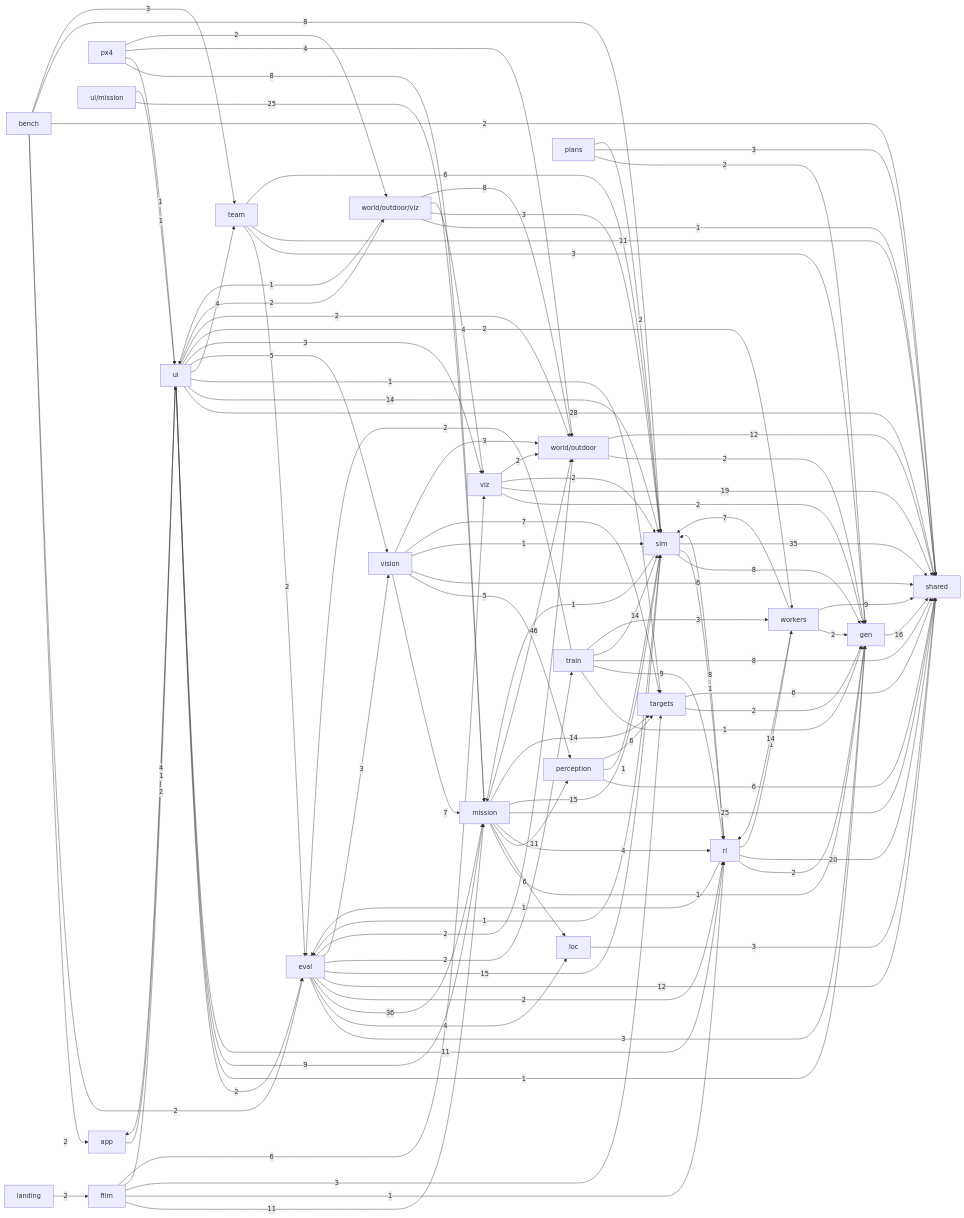
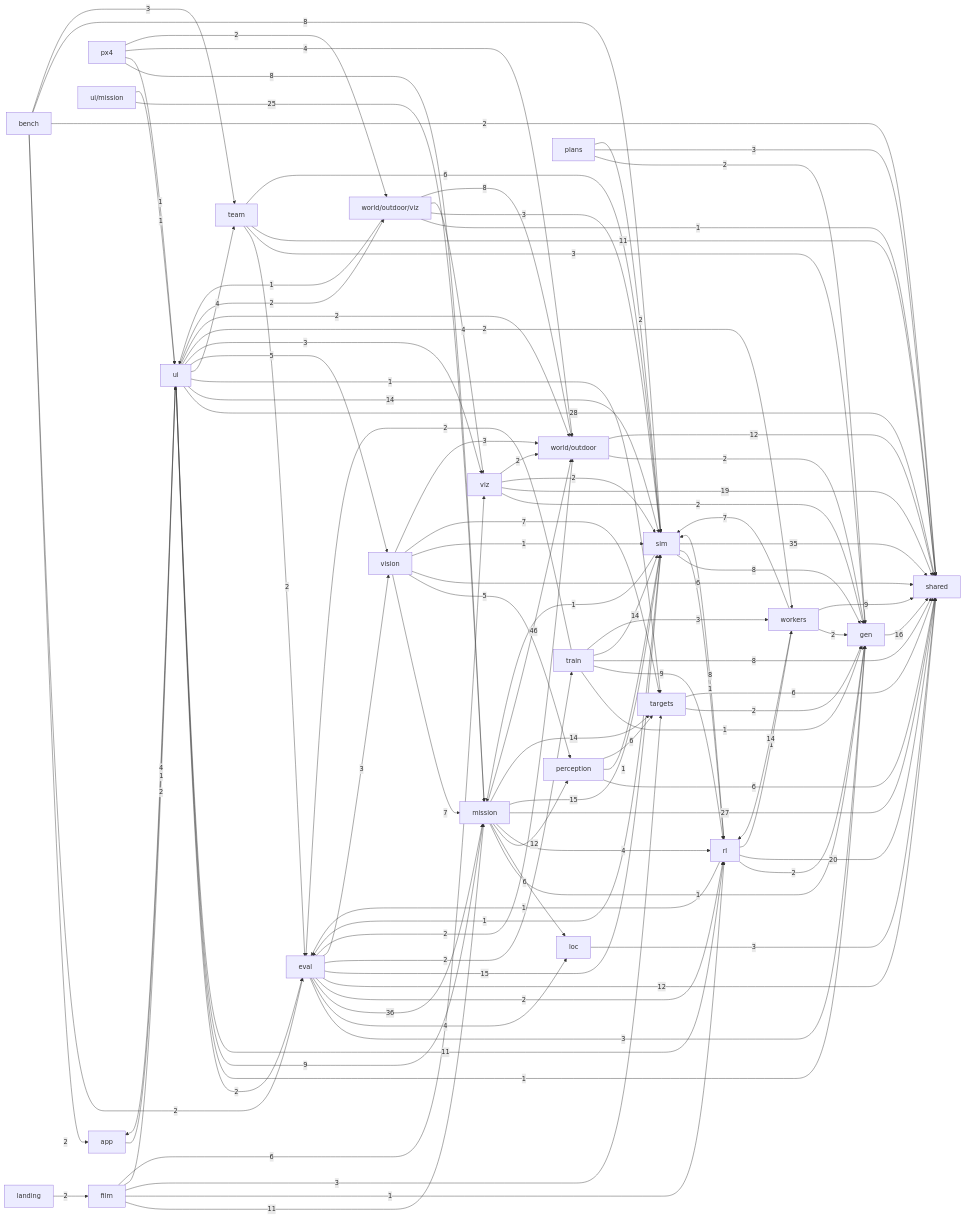
Before and after one commit to alexnieves-cs/frontier-fly: the second of 2 diagrams in docs/ARCHITECTURE.md, drawn with Mermaid. The commit also changed other lines of this file and 30 other files, not shown here.

```diff
--- a/docs/ARCHITECTURE.md
+++ b/docs/ARCHITECTURE.md
@@ -125,9 +125,9 @@
   loc -->|3| shared
   mission -->|1| gen
   mission -->|6| loc
-  mission -->|11| perception
+  mission -->|12| perception
   mission -->|4| rl
-  mission -->|25| shared
+  mission -->|27| shared
   mission -->|15| sim
   mission -->|14| targets
   mission -->|46| world_outdoor
```
